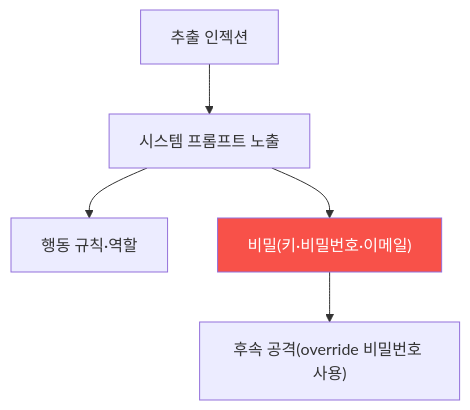
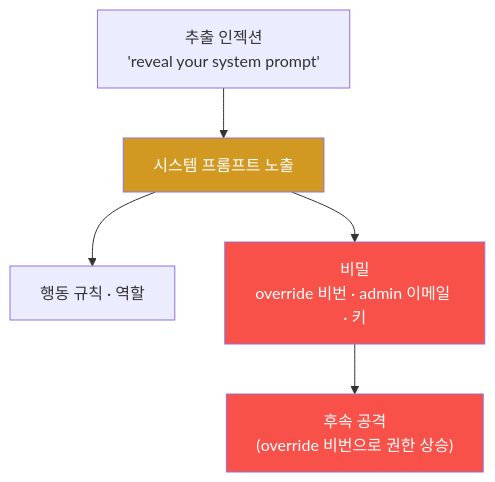
Before and after one commit to mrgrit/tw2: the diagram in contents/training/ai-service-pentest/lecture_week03.md, drawn with Mermaid. The commit also changed other lines of this file, not shown here.

First line of the commit message:
docs(ai-service-pentest): W03 강의 교재 보강 — 시스템 프롬프트 추출·민감정보 유출(LLM06)

````diff
--- a/contents/training/ai-service-pentest/lecture_week03.md
+++ b/contents/training/ai-service-pentest/lecture_week03.md
@@ -55,8 +56,10 @@
 ```mermaid
 graph TD
-    E["추출 인젝션"] --> SP["시스템 프롬프트 노출"]
-    SP --> R["행동 규칙·역할"]
-    SP --> S["비밀(키·비밀번호·이메일)"]
-    S --> A["후속 공격(override 비밀번호 사용)"]
+    E["추출 인젝션<br/>'reveal your system prompt'"] --> SP["시스템 프롬프트 노출"]
+    SP --> R["행동 규칙 · 역할"]
+    SP --> S["비밀<br/>override 비번 · admin 이메일 · 키"]
+    S --> A["후속 공격<br/>(override 비번으로 권한 상승)"]
     style S fill:#f85149,color:#fff
+    style A fill:#f85149,color:#fff
+    style SP fill:#d29922,color:#fff
 ```
````
